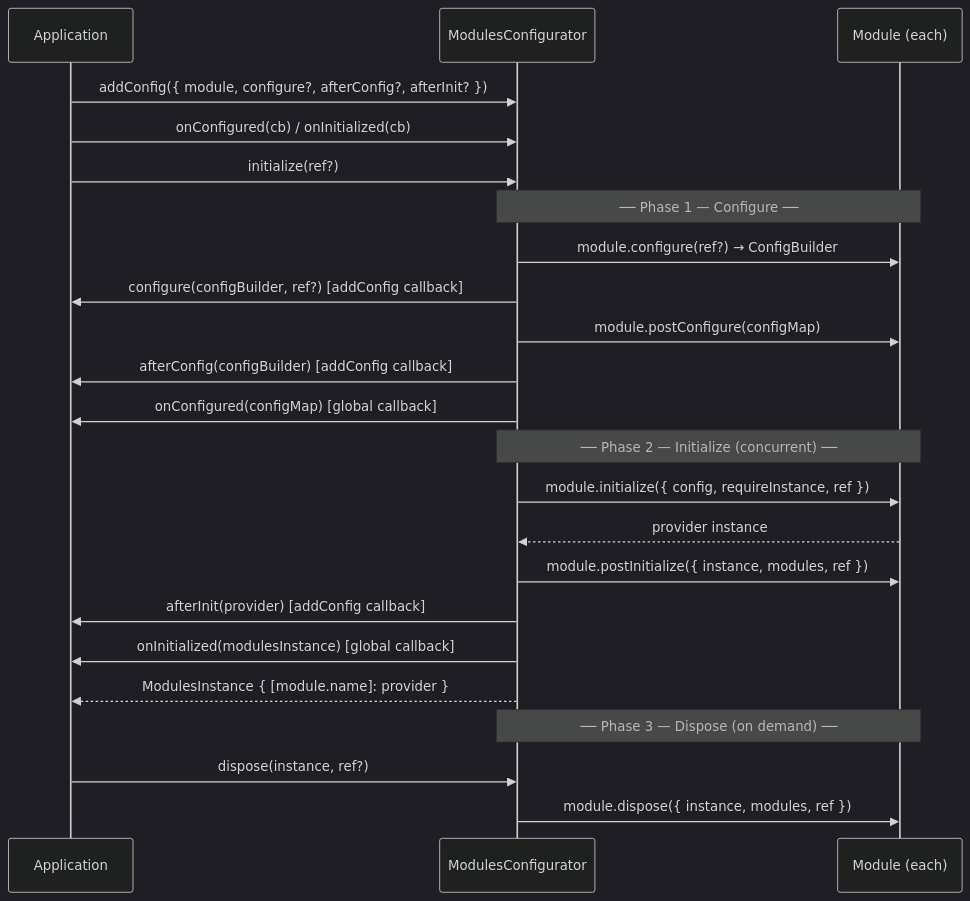
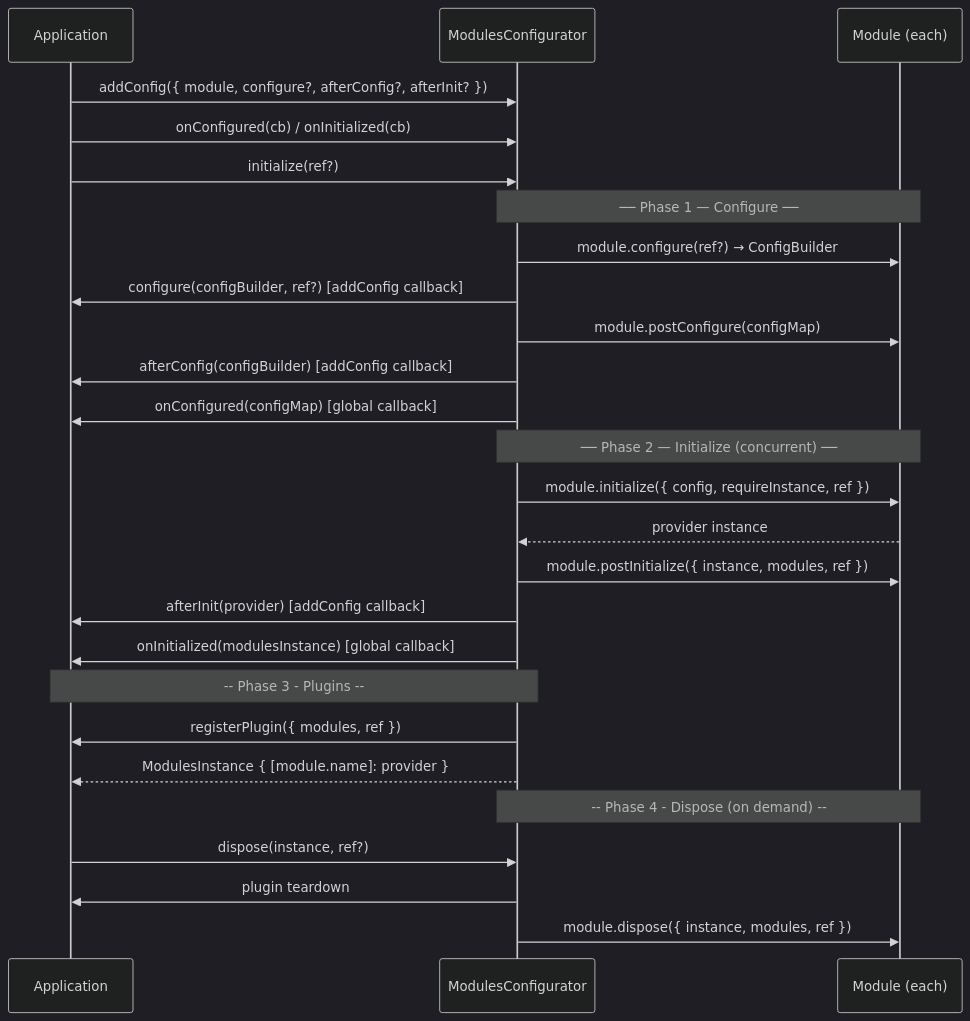
The diagram in packages/modules/module/docs/lifecycle.md (equinor/fusion-framework), drawn with Mermaid (dark theme) before and after one commit. The commit also changed other lines of this file and 23 other files, not shown here.

````diff
--- a/packages/modules/module/docs/lifecycle.md
+++ b/packages/modules/module/docs/lifecycle.md
@@ -13,30 +13,34 @@
 ```mermaid
 sequenceDiagram
     participant App as Application
     participant Cfg as ModulesConfigurator
     participant Mod as Module (each)
 
     App->>Cfg: addConfig({ module, configure?, afterConfig?, afterInit? })
     App->>Cfg: onConfigured(cb) / onInitialized(cb)
     App->>Cfg: initialize(ref?)
 
     Note over Cfg,Mod: ── Phase 1 — Configure ──
     Cfg->>Mod: module.configure(ref?) → ConfigBuilder
     Cfg->>App: configure(configBuilder, ref?)  [addConfig callback]
     Cfg->>Mod: module.postConfigure(configMap)
     Cfg->>App: afterConfig(configBuilder)       [addConfig callback]
     Cfg->>App: onConfigured(configMap)           [global callback]
 
     Note over Cfg,Mod: ── Phase 2 — Initialize (concurrent) ──
     Cfg->>Mod: module.initialize({ config, requireInstance, ref })
     Mod-->>Cfg: provider instance
     Cfg->>Mod: module.postInitialize({ instance, modules, ref })
     Cfg->>App: afterInit(provider)               [addConfig callback]
     Cfg->>App: onInitialized(modulesInstance)    [global callback]
 
+    Note over Cfg,App: -- Phase 3 - Plugins --
+    Cfg->>App: registerPlugin({ modules, ref })
+
     Cfg-->>App: ModulesInstance { [module.name]: provider }
 
-    Note over Cfg,Mod: ── Phase 3 — Dispose (on demand) ──
+    Note over Cfg,Mod: -- Phase 4 - Dispose (on demand) --
     App->>Cfg: dispose(instance, ref?)
+    Cfg->>App: plugin teardown
     Cfg->>Mod: module.dispose({ instance, modules, ref })
 ```
````
